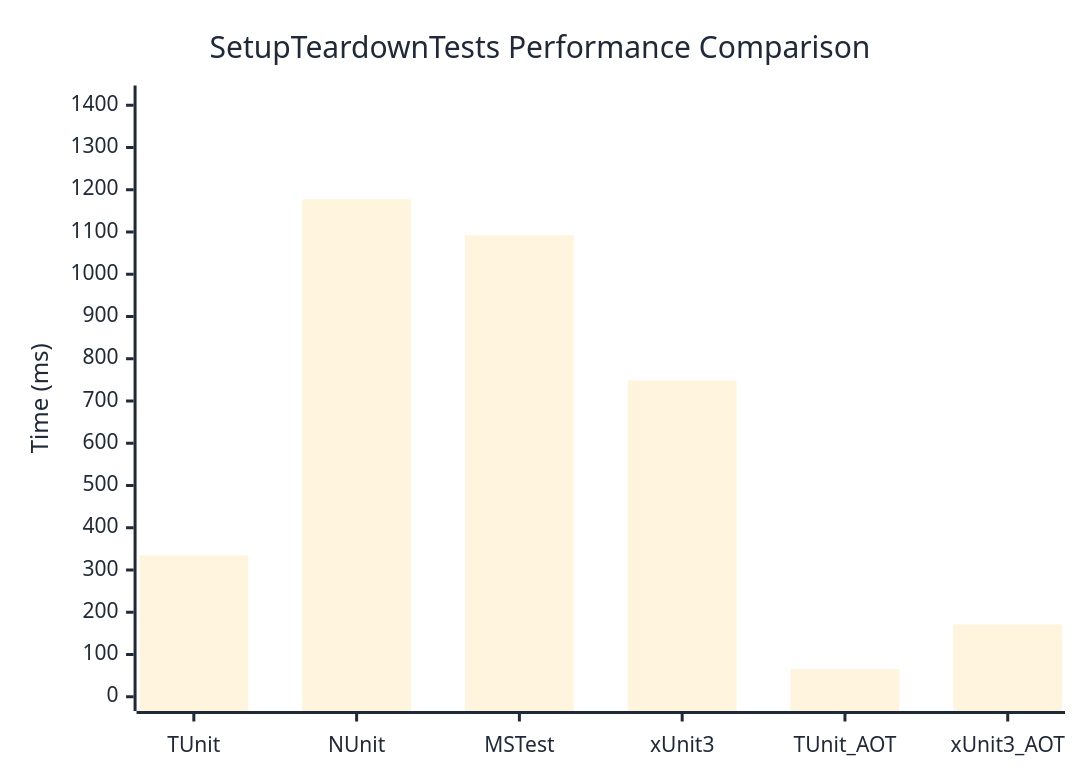
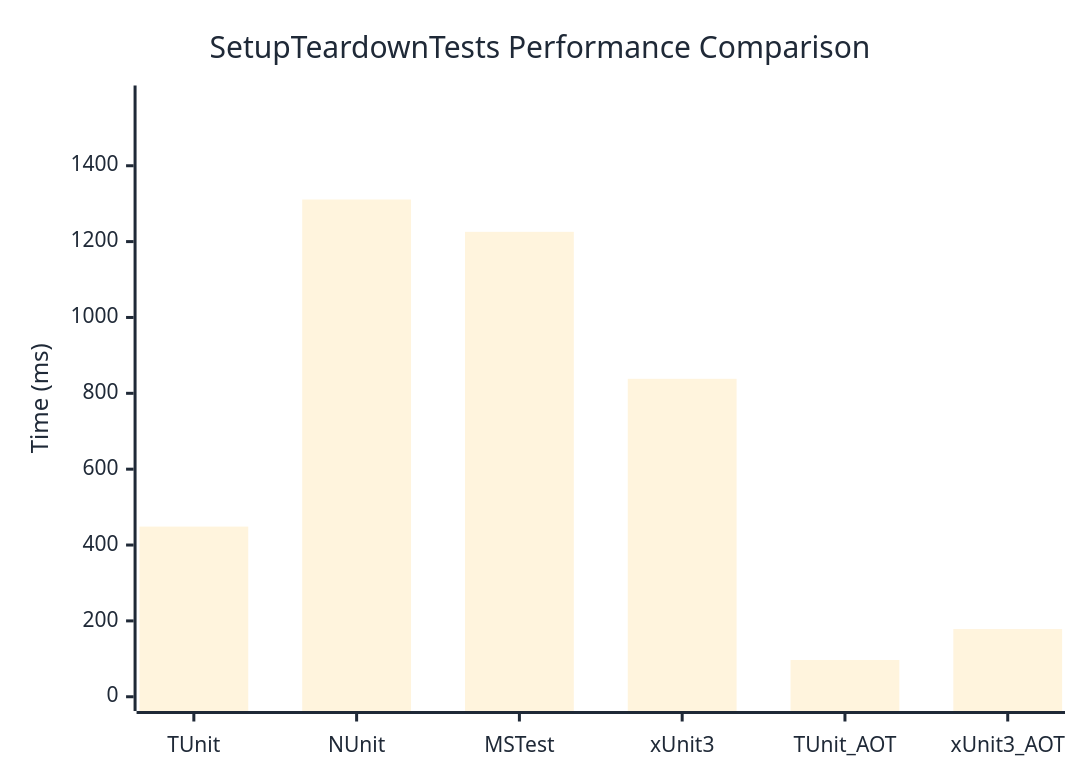
Before and after one commit to thomhurst/TUnit: the diagram in docs/docs/benchmarks/engine/SetupTeardownTests.md, drawn with Mermaid. The commit also changed other lines of this file and 18 other files, not shown here.

````diff
--- a/docs/docs/benchmarks/engine/SetupTeardownTests.md
+++ b/docs/docs/benchmarks/engine/SetupTeardownTests.md
@@ -30,37 +30,37 @@
 ```mermaid
 %%{init: {
   'theme':'base',
   'themeVariables': {
     'primaryColor': '#2563eb',
     'primaryTextColor': '#1f2937',
     'primaryBorderColor': '#1e40af',
     'lineColor': '#6b7280',
     'secondaryColor': '#7c3aed',
     'tertiaryColor': '#dc2626',
     'background': '#ffffff',
     'mainBkg': '#2563eb',
     'secondBkg': '#7c3aed',
     'tertiaryBkg': '#dc2626',
     'clusterBkg': '#f3f4f6',
     'edgeLabelBackground': '#ffffff',
     'tertiaryTextColor': '#1f2937',
     'pie1': '#2563eb',
     'pie2': '#7c3aed',
     'pie3': '#dc2626',
     'pie4': '#f59e0b',
     'pie5': '#10b981',
     'pie6': '#06b6d4',
     'pie7': '#ec4899',
     'pie8': '#6366f1',
     'pie9': '#84cc16',
     'pie10': '#f97316',
     'pie11': '#14b8a6',
     'pie12': '#a855f7'
   }
 }}%%
 xychart-beta
   title "SetupTeardownTests Performance Comparison"
   x-axis ["TUnit", "NUnit", "MSTest", "xUnit3", "TUnit_AOT", "xUnit3_AOT"]
-  y-axis "Time (ms)" 0 --> 1413
-  bar [334.52, 1177.5, 1092.32, 748.72, 65.53, 171.25]
+  y-axis "Time (ms)" 0 --> 1574
+  bar [448.61, 1310.99, 1225.75, 838.25, 96.81, 178.42]
 ```
````
